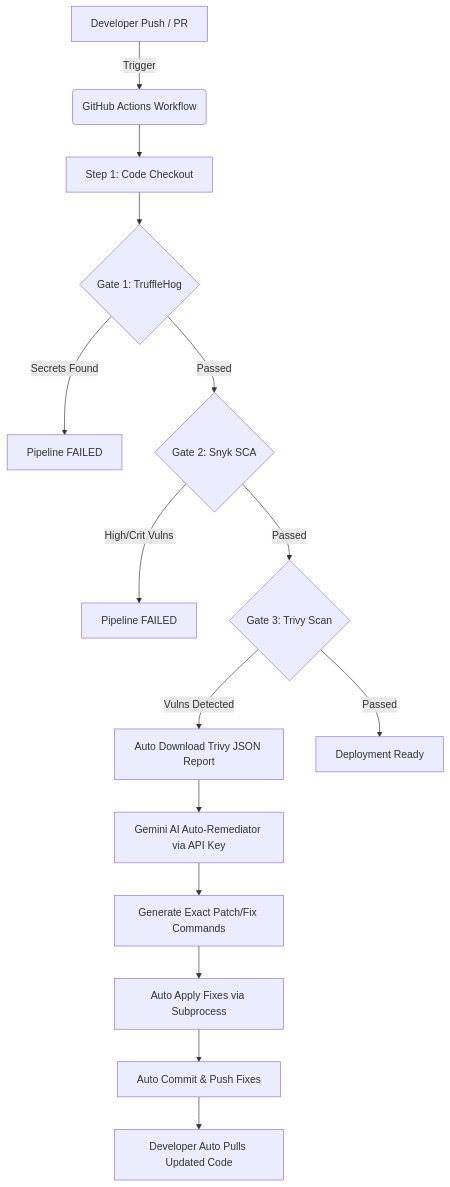
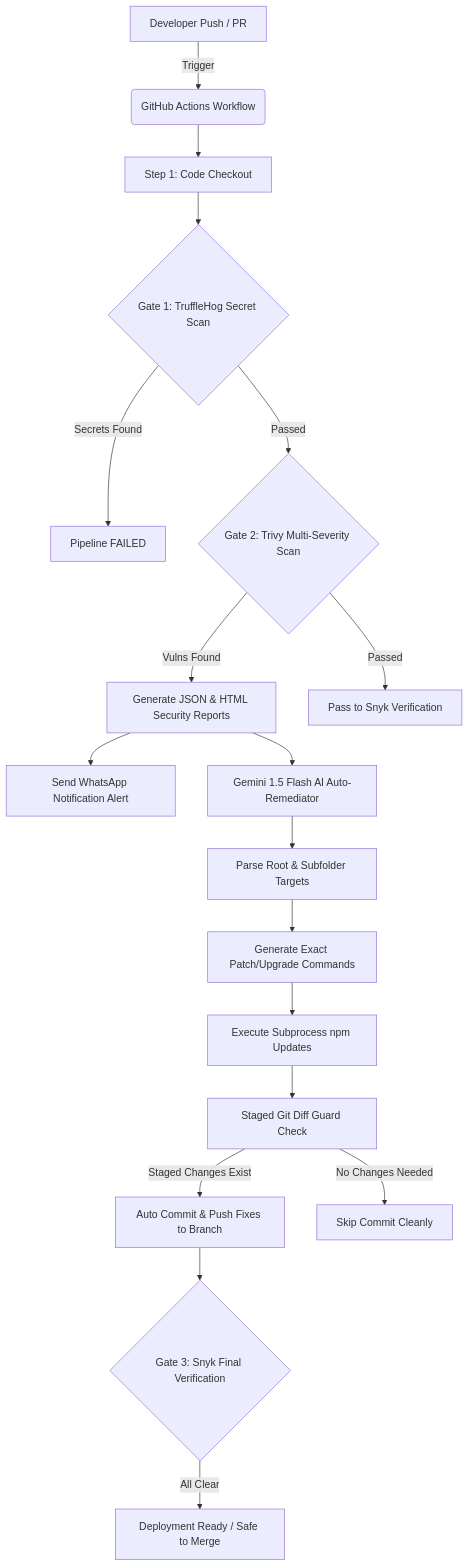
Before and after one commit to vaseflamingoseguru205-debug/PixelCraft_AI: the diagram in README.md, drawn with Mermaid. The commit also changed other lines of this file, not shown here.

Commit message:
Update README.md with comprehensive DevSecOps pipeline and AI Remediator features

````diff
--- a/README.md
+++ b/README.md
@@ -17,18 +17,21 @@
 ```mermaid
 graph TD
     A[Developer Push / PR] -->|Trigger| B(GitHub Actions Workflow)
     B --> C[Step 1: Code Checkout]
-    C --> D{Gate 1: TruffleHog}
+    C --> D{Gate 1: TruffleHog Secret Scan}
     D -->|Secrets Found| E[Pipeline FAILED]
-    D -->|Passed| F{Gate 2: Snyk SCA}
-    F -->|High/Crit Vulns| G[Pipeline FAILED]
-    F -->|Passed| H{Gate 3: Trivy Scan}
-    H -->|Vulns Detected| I[Auto Download Trivy JSON Report]
-    H -->|Passed| J[Deployment Ready]
+    D -->|Passed| F{Gate 2: Trivy Multi-Severity Scan}
+    F -->|Vulns Found| G[Generate JSON & HTML Security Reports]
+    F -->|Passed| H[Pass to Snyk Verification]
     
-    I --> K[Gemini AI Auto-Remediator via API Key]
-    K --> L[Generate Exact Patch/Fix Commands]
-    L --> M[Auto Apply Fixes via Subprocess]
-    M --> N[Auto Commit & Push Fixes]
-    N --> O[Developer Auto Pulls Updated Code]
+    G --> I[Send WhatsApp Notification Alert]
+    G --> J[Gemini 1.5 Flash AI Auto-Remediator]
+    J --> K[Parse Root & Subfolder Targets]
+    K --> L[Generate Exact Patch/Upgrade Commands]
+    L --> M[Execute Subprocess npm Updates]
+    M --> N[Staged Git Diff Guard Check]
+    N -->|Staged Changes Exist| O[Auto Commit & Push Fixes to Branch]
+    N -->|No Changes Needed| P[Skip Commit Cleanly]
+    O --> Q{Gate 3: Snyk Final Verification}
+    Q -->|All Clear| R[Deployment Ready / Safe to Merge]
 ```
````
